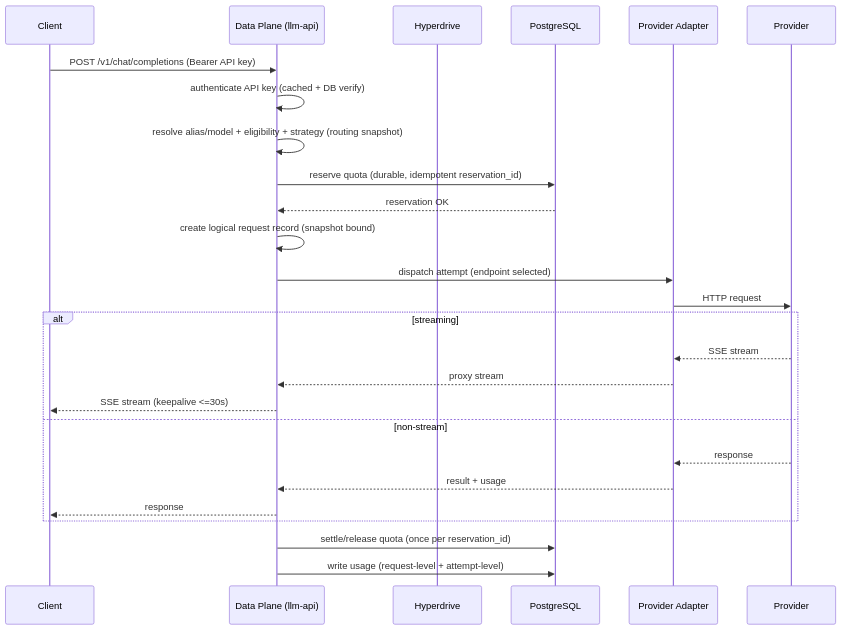
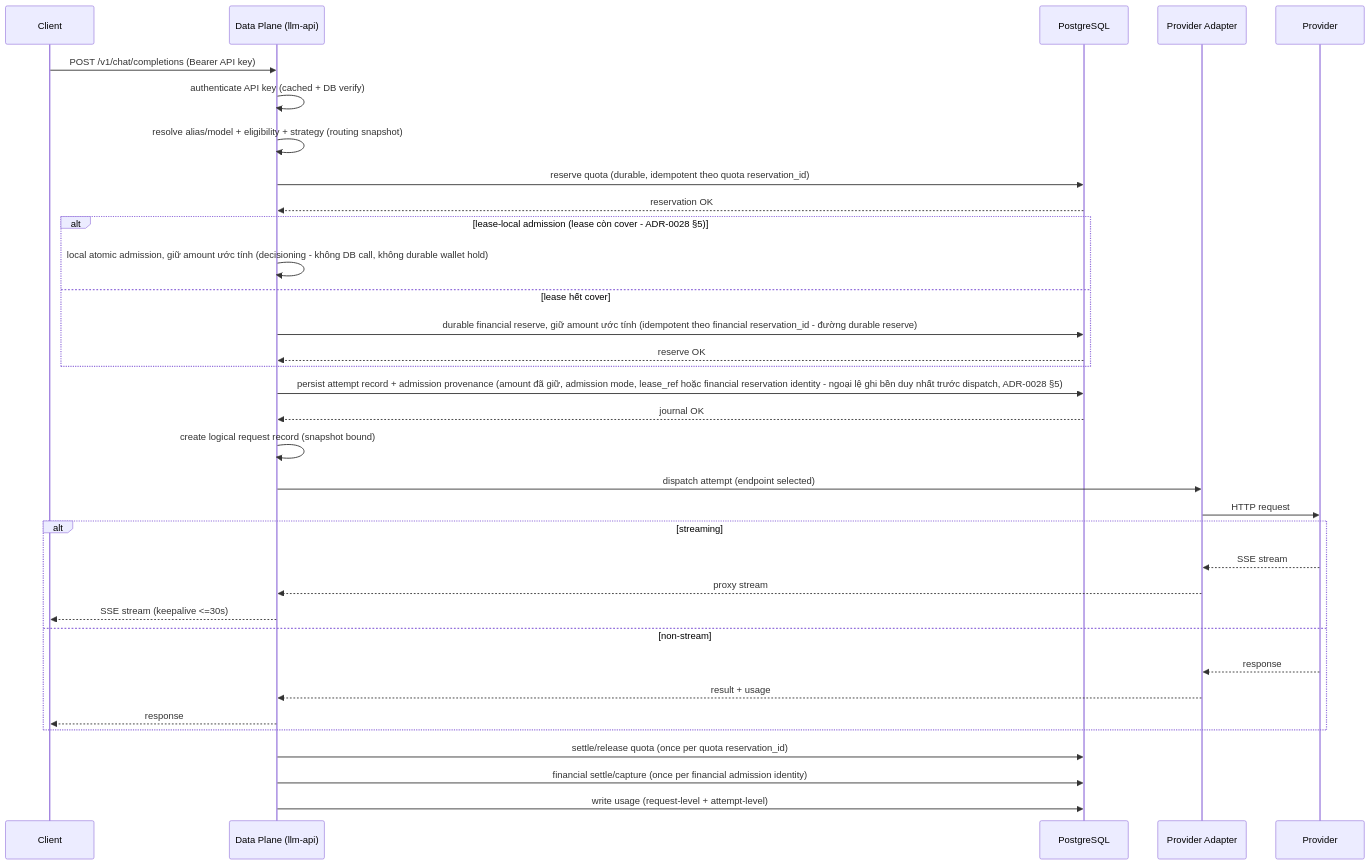
One commit to ecoma-io/ecoma changed the first of 7 diagrams in docs/applications/llm-api/01-architecture.md. Above: the diagram before and after it, drawn with Mermaid. The commit also changed other lines of this file and 23 other files, not shown here.

````diff
--- a/docs/applications/llm-api/01-architecture.md
+++ b/docs/applications/llm-api/01-architecture.md
@@ -67,29 +67,37 @@
 ```mermaid
 sequenceDiagram
   participant C as Client
   participant DP as Data Plane (llm-api)
-  participant HD as Hyperdrive
   participant PG as PostgreSQL
   participant PA as Provider Adapter
   participant P as Provider
 
   C->>DP: POST /v1/chat/completions (Bearer API key)
   DP->>DP: authenticate API key (cached + DB verify)
   DP->>DP: resolve alias/model + eligibility + strategy (routing snapshot)
-  DP->>PG: reserve quota (durable, idempotent reservation_id)
+  DP->>PG: reserve quota (durable, idempotent theo quota reservation_id)
   PG-->>DP: reservation OK
+  alt lease-local admission (lease còn cover - ADR-0028 §5)
+    DP->>DP: local atomic admission, giữ amount ước tính (decisioning - không DB call, không durable wallet hold)
+  else lease hết cover
+    DP->>PG: durable financial reserve, giữ amount ước tính (idempotent theo financial reservation_id - đường durable reserve)
+    PG-->>DP: reserve OK
+  end
+  DP->>PG: persist attempt record + admission provenance (amount đã giữ, admission mode, lease_ref hoặc financial reservation identity - ngoại lệ ghi bền duy nhất trước dispatch, ADR-0028 §5)
+  PG-->>DP: journal OK
   DP->>DP: create logical request record (snapshot bound)
   DP->>PA: dispatch attempt (endpoint selected)
   PA->>P: HTTP request
   alt streaming
     P-->>PA: SSE stream
     PA-->>DP: proxy stream
     DP-->>C: SSE stream (keepalive <=30s)
   else non-stream
     P-->>PA: response
     PA-->>DP: result + usage
     DP-->>C: response
   end
-  DP->>PG: settle/release quota (once per reservation_id)
+  DP->>PG: settle/release quota (once per quota reservation_id)
+  DP->>PG: financial settle/capture (once per financial admission identity)
   DP->>PG: write usage (request-level + attempt-level)
 ```
````
